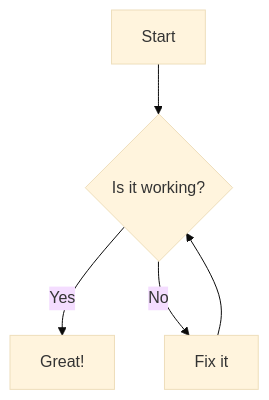
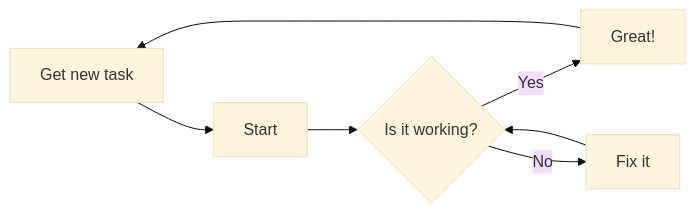
One commit to KintaroAI/docs changed the first of 3 diagrams in content/en/news/2025-07-16-mermaid-support-enabled.md. Above: the diagram before and after it, drawn with Mermaid (base theme). The commit also changed other lines of this file, not shown here.

Commit message:
Updated test diagrams

````diff
--- a/content/en/news/2025-07-16-mermaid-support-enabled.md
+++ b/content/en/news/2025-07-16-mermaid-support-enabled.md
@@ -15,7 +15,9 @@
 ```mermaid
-graph TD;
+graph LR;
+  F[Get new task] --> A;
   A[Start] --> B{Is it working?};
   B -- Yes --> C[Great!];
   B -- No --> D[Fix it];
   D --> B;
+  C --> F;
 ```
````
